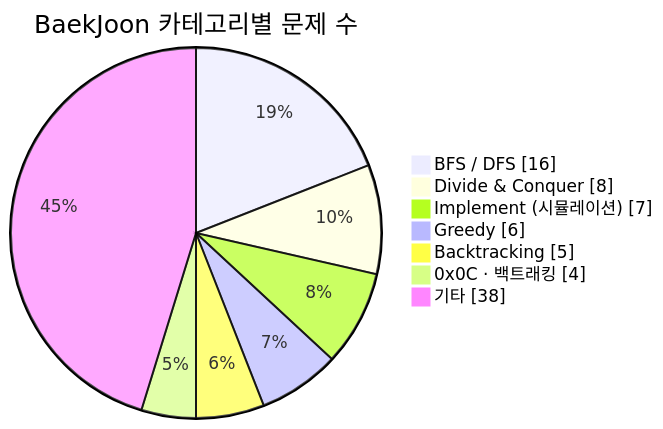
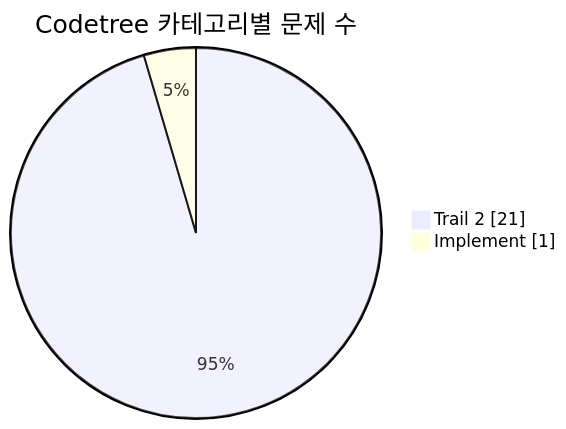
Before and after one commit to CHOOSLA/Algorithm: the first of 2 diagrams in readme.md, drawn with Mermaid. The commit also changed other lines of this file and 4 other files, not shown here.

````diff
--- a/readme.md
+++ b/readme.md
@@ -40,11 +34,6 @@
 ```mermaid
 pie showData
-  title BaekJoon 카테고리별 문제 수
-  "BFS / DFS" : 16
-  "Divide & Conquer" : 8
-  "Implement (시뮬레이션)" : 7
-  "Greedy" : 6
-  "Backtracking" : 5
-  "0x0C · 백트래킹" : 4
-  "기타" : 38
+  title Codetree 카테고리별 문제 수
+  "Trail 2" : 21
+  "Implement" : 1
 ```
````
